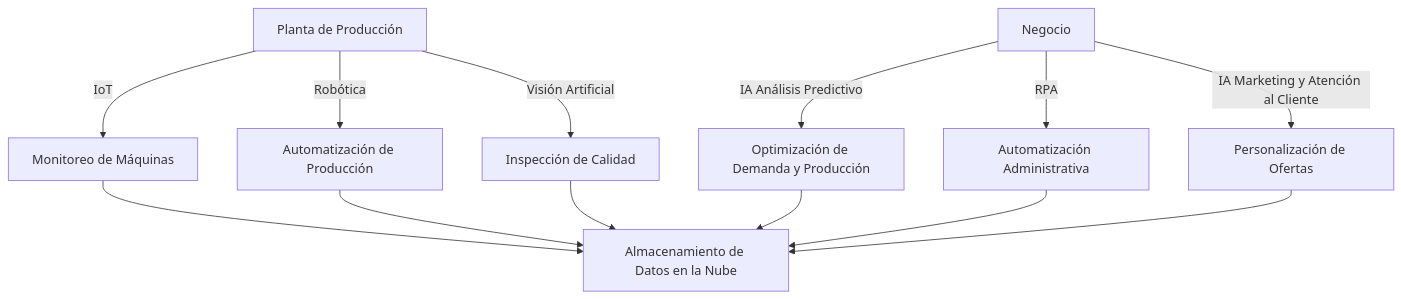
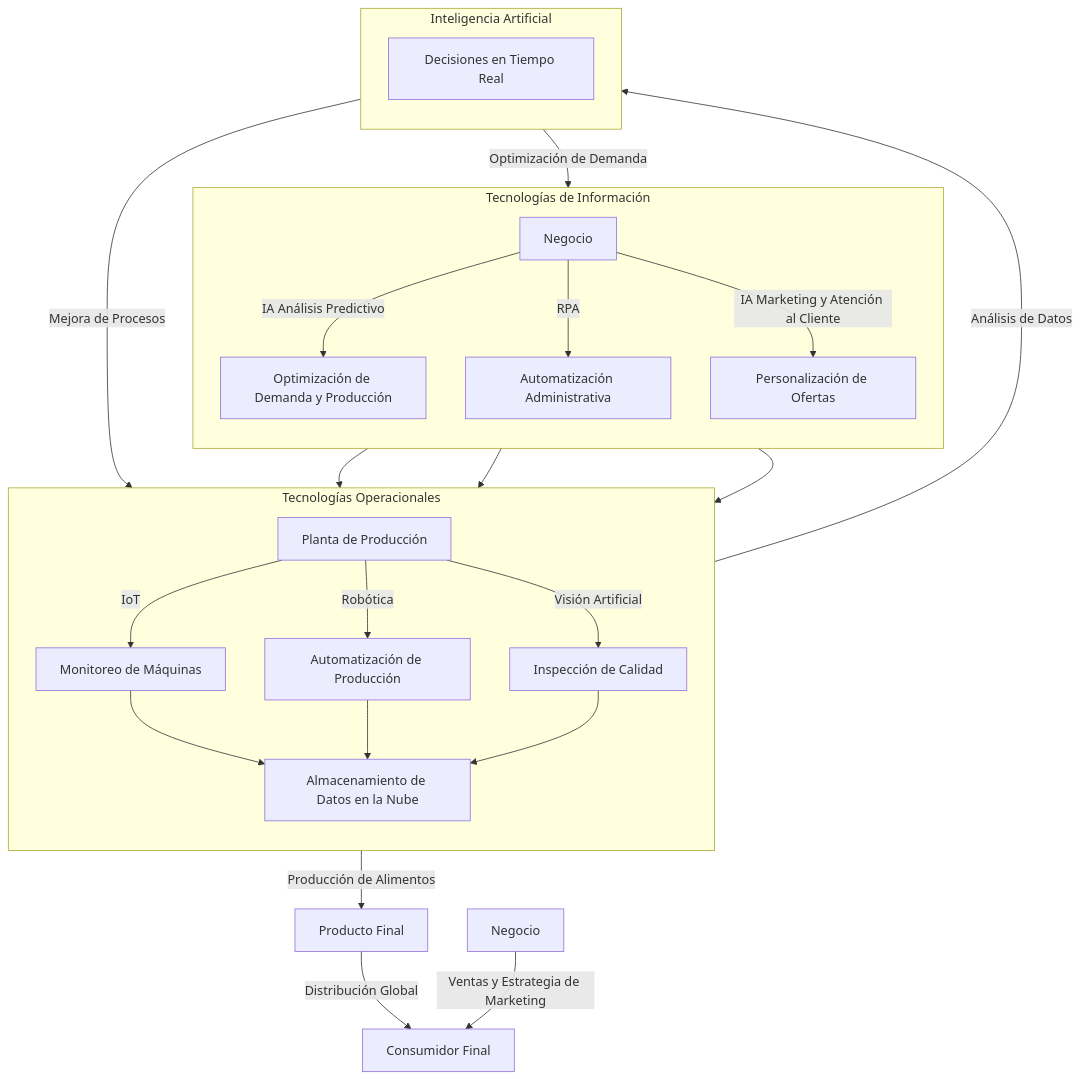
The diagram in Nestle.md (Lmrocio/Proyecto_Digitalizacion), drawn with Mermaid before and after one commit. The commit also changed other lines of this file, not shown here.

````diff
--- a/Nestle.md
+++ b/Nestle.md
@@ -83,15 +84,46 @@
 ```mermaid
 graph TD
-    A[Planta de Producción] -->|IoT| B[Monitoreo de Máquinas]
-    A -->|Robótica| C[Automatización de Producción]
-    A -->|Visión Artificial| D[Inspección de Calidad]
-    E[Negocio] -->|IA Análisis Predictivo| F[Optimización de Demanda y Producción]
-    E -->|RPA| G[Automatización Administrativa]
-    E -->|IA Marketing y Atención al Cliente| H[Personalización de Ofertas]
-    B --> I[Almacenamiento de Datos en la Nube]
-    C --> I
-    D --> I
-    F --> I
-    G --> I
-    H --> I
+    subgraph OT[Tecnologías Operacionales]
+        direction TB
+        A[Planta de Producción]
+        B[Monitoreo de Máquinas]
+        C[Automatización de Producción]
+        D[Inspección de Calidad]
+        A -->|IoT| B
+        A -->|Robótica| C
+        A -->|Visión Artificial| D
+        B --> I[Almacenamiento de Datos en la Nube]
+        C --> I
+        D --> I
+    end
+
+    subgraph IT[Tecnologías de Información]
+        direction TB
+        E[Negocio]
+        F[Optimización de Demanda y Producción]
+        G[Automatización Administrativa]
+        H[Personalización de Ofertas]
+        E -->|IA Análisis Predictivo| F
+        E -->|RPA| G
+        E -->|IA Marketing y Atención al Cliente| H
+        F --> I
+        G --> I
+        H --> I
+    end
+
+    subgraph IA[Inteligencia Artificial]
+        direction TB
+        I[Almacenamiento de Datos en la Nube]
+        I -->|Análisis de Datos| J[Decisiones en Tiempo Real]
+        J -->|Mejora de Procesos| A
+        J -->|Optimización de Demanda| E
+    end
+
+    A -->|Producción de Alimentos| Producto[Producto Final]
+    Producto -->|Distribución Global| Cliente[Consumidor Final]
+    Negocio -->|Ventas y Estrategia de Marketing| Cliente
+
+    classDef IT fill:#f9f,stroke:#333,stroke-width:2px;
+    classDef OT fill:#cff,stroke:#333,stroke-width:2px;
+    classDef IA fill:#f7e1a6,stroke:#333,stroke-width:2px;
 ```
````
